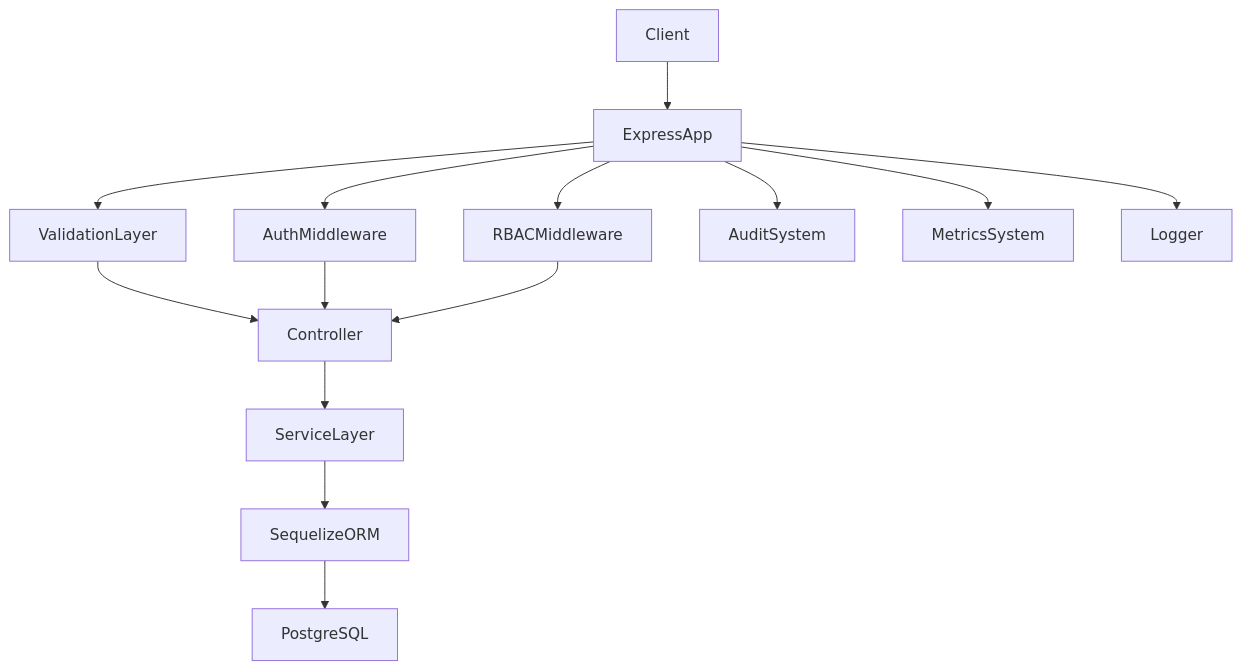
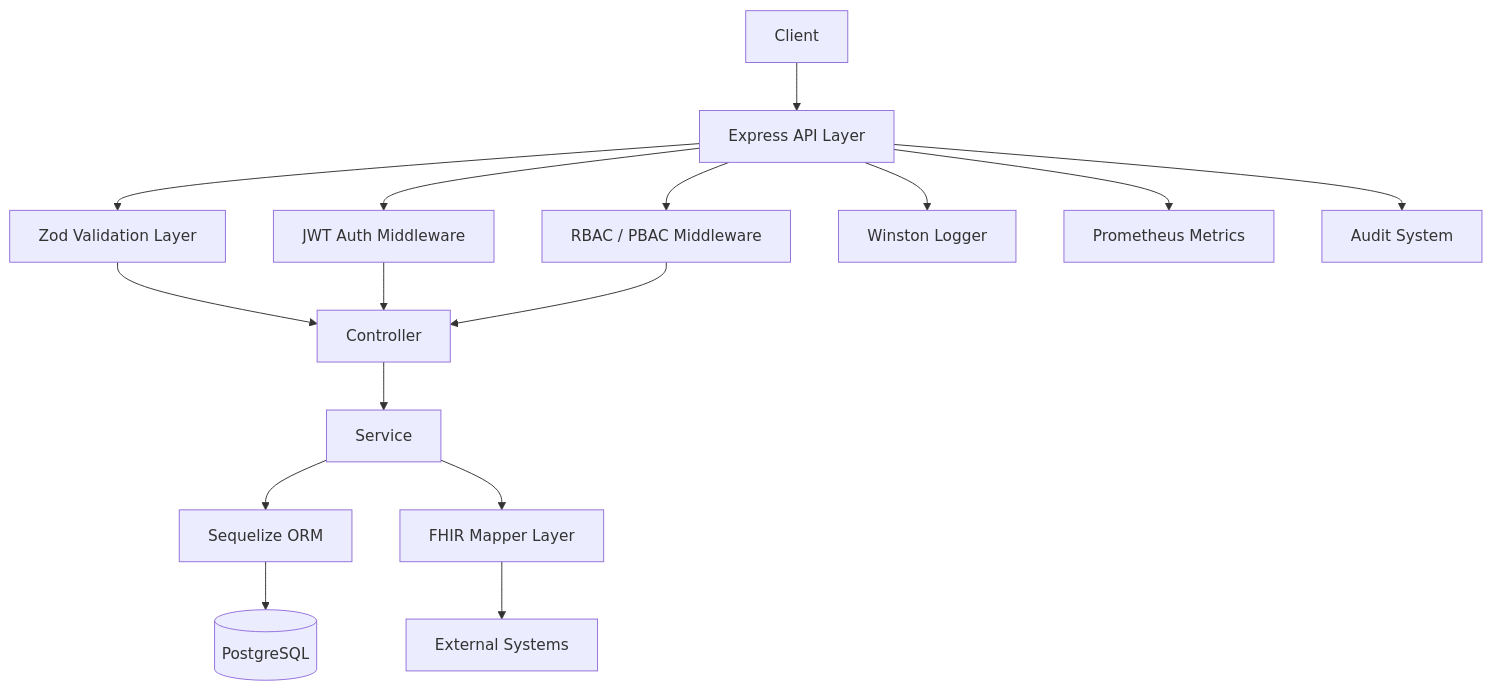
Before and after one commit to olubusade/emr-suite-backend: the first of 2 diagrams in README.md, drawn with Mermaid. The commit also changed other lines of this file and 2 other files, not shown here.

````diff
--- a/README.md
+++ b/README.md
@@ -154,17 +282,23 @@
 ```mermaid
 flowchart TD
-Client --> ExpressApp
-ExpressApp --> AuthMiddleware
-ExpressApp --> RBACMiddleware
-ExpressApp --> ValidationLayer
-ValidationLayer --> Controller
-AuthMiddleware --> Controller
-RBACMiddleware --> Controller
-Controller --> ServiceLayer
-ServiceLayer --> SequelizeORM
-SequelizeORM --> PostgreSQL
+Client --> API[Express API Layer]
 
-ExpressApp --> AuditSystem
-ExpressApp --> MetricsSystem
-ExpressApp --> Logger
+API --> Auth[JWT Auth Middleware]
+API --> RBAC[RBAC / PBAC Middleware]
+API --> Validate[Zod Validation Layer]
+
+Validate --> Controller
+Auth --> Controller
+RBAC --> Controller
+
+Controller --> Service
+Service --> ORM[Sequelize ORM]
+ORM --> DB[(PostgreSQL)]
+
+API --> Logger[Winston Logger]
+API --> Metrics[Prometheus Metrics]
+API --> Audit[Audit System]
+
+Service --> FHIR[FHIR Mapper Layer]
+FHIR --> External[External Systems]
 ```
````
